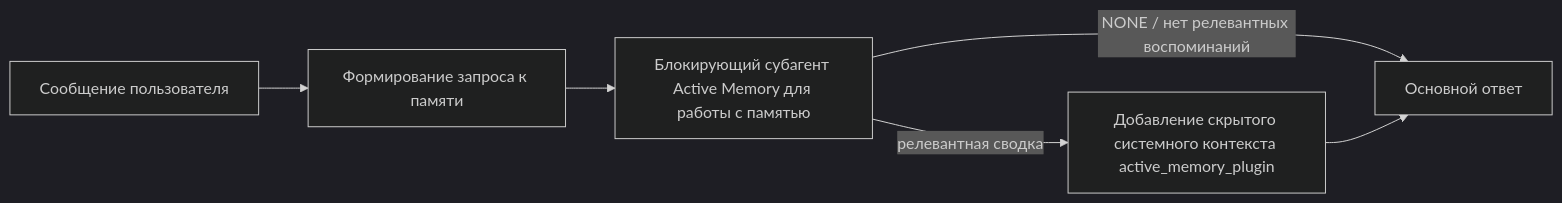
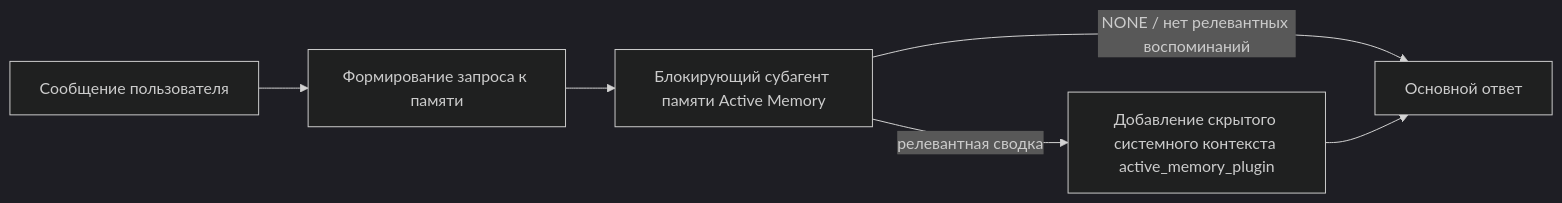
The diagram in docs/ru/concepts/active-memory.md (openclaw/docs), drawn with Mermaid (dark theme) before and after one commit. The commit also changed other lines of this file and 722 other files, not shown here.

````diff
--- a/docs/ru/concepts/active-memory.md
+++ b/docs/ru/concepts/active-memory.md
@@ -82,8 +83,8 @@
 ```mermaid
 flowchart LR
   U["Сообщение пользователя"] --> Q["Формирование запроса к памяти"]
-  Q --> R["Блокирующий субагент Active Memory для работы с памятью"]
+  Q --> R["Блокирующий субагент памяти Active Memory"]
   R -->|NONE / нет релевантных воспоминаний| M["Основной ответ"]
   R -->|релевантная сводка| I["Добавление скрытого системного контекста active_memory_plugin"]
   I --> M["Основной ответ"]
 ```
````
